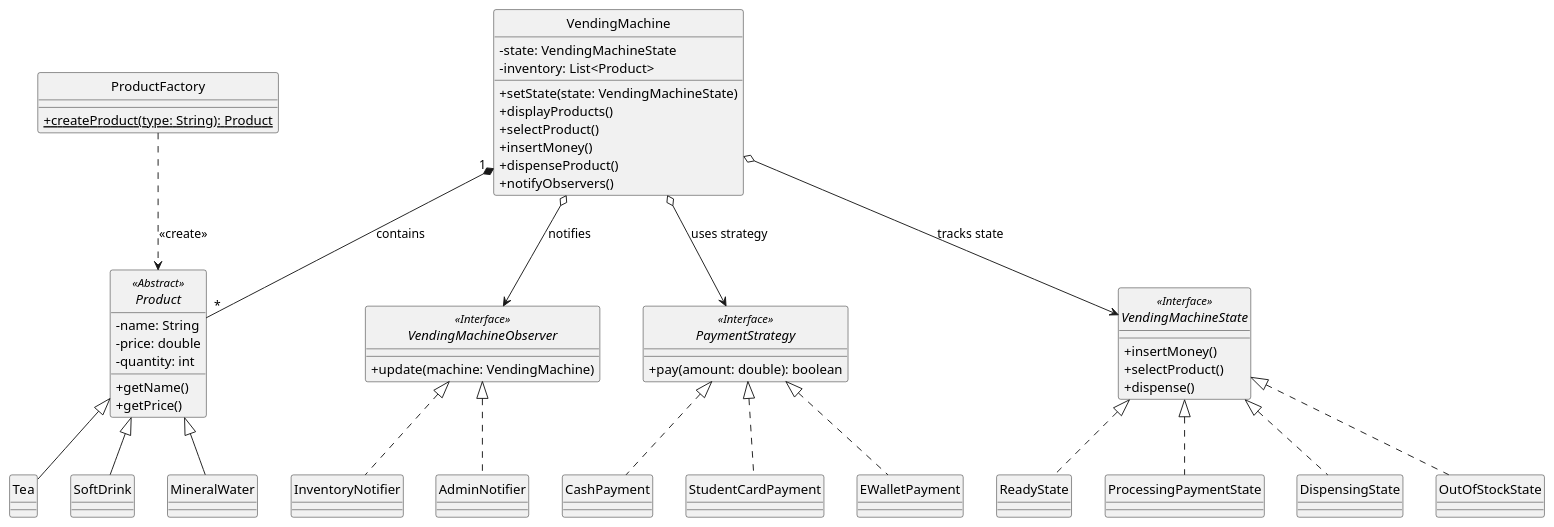
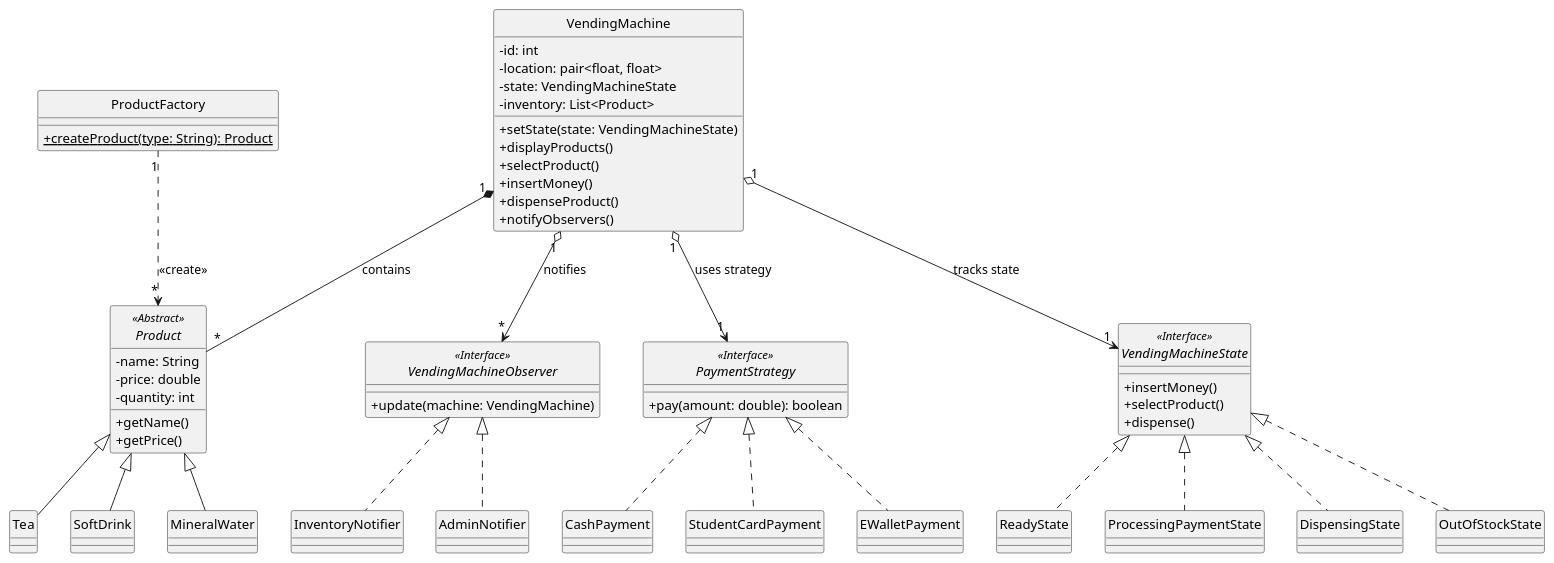
The diagram in src/class_diagram/class-diagram.puml (trihieuvo/23110219_VoTriHieu), drawn with PlantUML before and after one commit.

```diff
--- a/src/class_diagram/class-diagram.puml
+++ b/src/class_diagram/class-diagram.puml
@@ -1,71 +1,73 @@
 @startuml
 skinparam classAttributeIconSize 0
 hide circle
 
 ' --- Factory Pattern (Product Creation) ---
 class ProductFactory {
     + {static} createProduct(type: String): Product
 }
 
 ' --- Observer Pattern (Notifications) ---
 interface VendingMachineObserver <<Interface>> {
     + update(machine: VendingMachine)
 }
 
 class InventoryNotifier implements VendingMachineObserver
 class AdminNotifier implements VendingMachineObserver
 
 ' --- Strategy Pattern (Payment) ---
 interface PaymentStrategy <<Interface>> {
     + pay(amount: double): boolean
 }
 
 class CashPayment implements PaymentStrategy
 class StudentCardPayment implements PaymentStrategy
 class EWalletPayment implements PaymentStrategy
 
 ' --- State Pattern (Machine States) ---
 interface VendingMachineState <<Interface>> {
     + insertMoney()
     + selectProduct()
     + dispense()
 }
 
 class ReadyState implements VendingMachineState
 class ProcessingPaymentState implements VendingMachineState
 class DispensingState implements VendingMachineState
 class OutOfStockState implements VendingMachineState
 
 ' --- Domain Models ---
 abstract class Product <<Abstract>> {
     - name: String
     - price: double
     - quantity: int
     + getName()
     + getPrice()
 }
 
 class Tea extends Product
 class SoftDrink extends Product
 class MineralWater extends Product
 
 ' --- Context Core ---
 class VendingMachine {
+    - id: int
+    - location: pair<float, float>
     - state: VendingMachineState
     - inventory: List<Product>
     + setState(state: VendingMachineState)
     + displayProducts()
     + selectProduct()
     + insertMoney()
     + dispenseProduct()
     + notifyObservers()
 }
 
 ' --- Relationships ---
-VendingMachine o--> VendingMachineState : "tracks state"
-VendingMachine o--> PaymentStrategy : "uses strategy"
-VendingMachine o--> VendingMachineObserver : "notifies"
+VendingMachine "1" o--> "1" VendingMachineState : "tracks state"
+VendingMachine "1" o--> "1" PaymentStrategy : "uses strategy"
+VendingMachine "1" o--> "*" VendingMachineObserver : "notifies"
 VendingMachine "1" *-- "*" Product : "contains"
-ProductFactory ..> Product : "<<create>>"
+ProductFactory "1" ..> "*" Product : "<<create>>"
 
 @enduml
```
